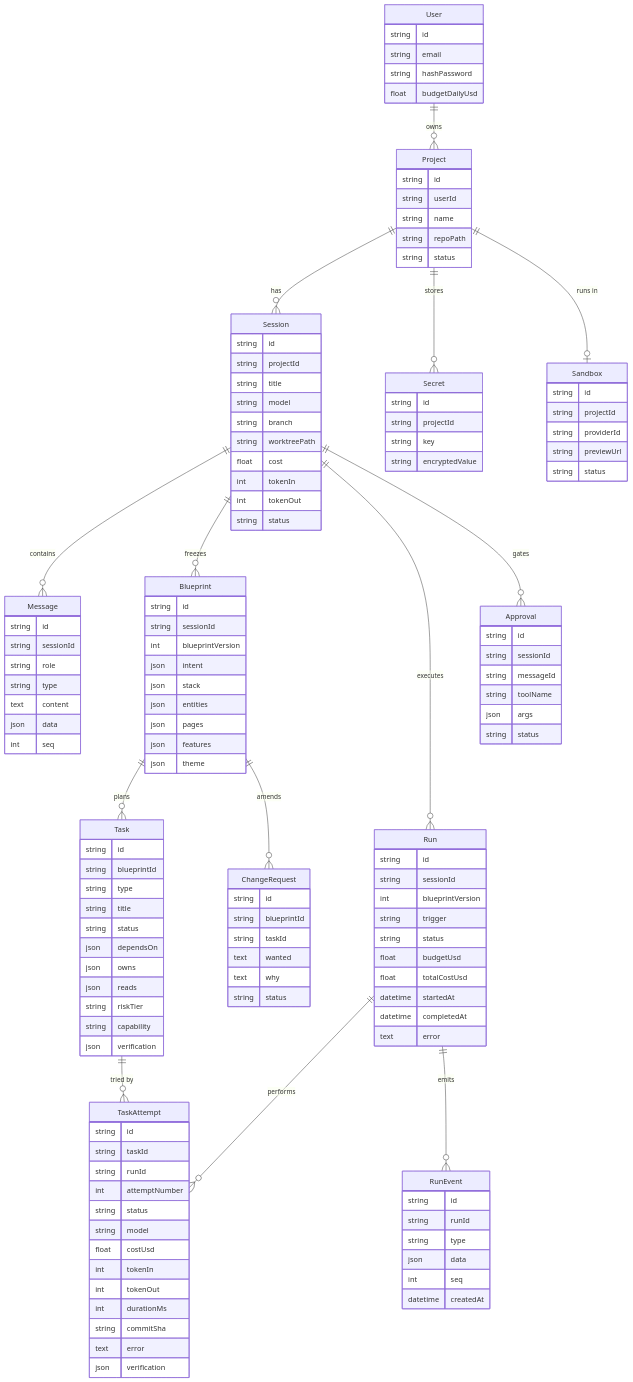
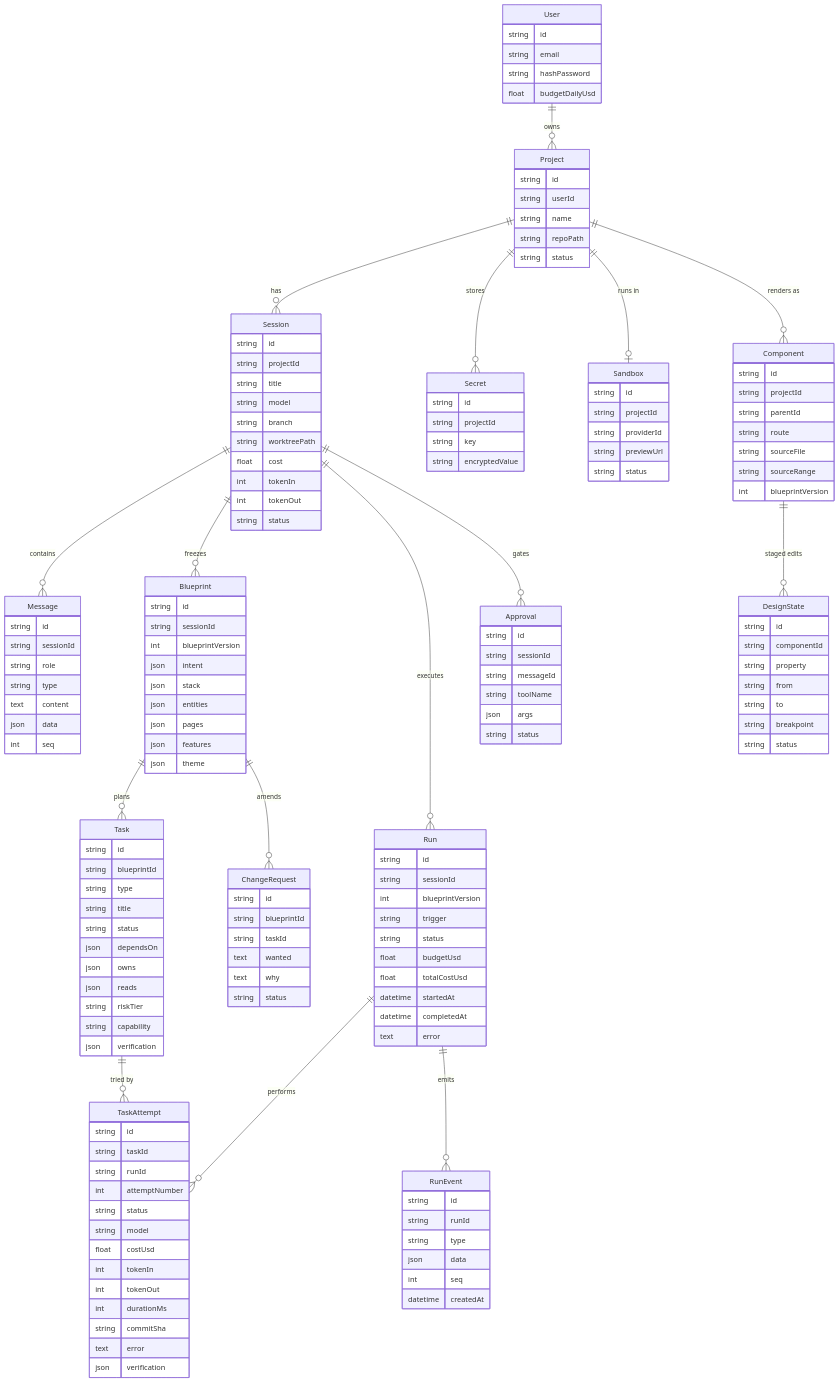
The second of 3 diagrams in docs/ARCHITECTURE.md (vibhuxyz/Appwright), drawn with Mermaid before and after one commit. The commit also changed other lines of this file and 162 other files, not shown here.

````diff
--- a/docs/ARCHITECTURE.md
+++ b/docs/ARCHITECTURE.md
@@ -1072,30 +1212,34 @@
 ```mermaid
 erDiagram
     User ||--o{ Project : owns
     Project ||--o{ Session : has
     Session ||--o{ Message : contains
     Session ||--o{ Blueprint : freezes
     Session ||--o{ Run : executes
     Blueprint ||--o{ Task : plans
     Blueprint ||--o{ ChangeRequest : amends
     Task ||--o{ TaskAttempt : "tried by"
     Run ||--o{ TaskAttempt : performs
     Run ||--o{ RunEvent : emits
     Session ||--o{ Approval : gates
     Project ||--o{ Secret : stores
     Project ||--o| Sandbox : "runs in"
+    Project ||--o{ Component : "renders as"
+    Component ||--o{ DesignState : "staged edits"
 
     User { string id string email string hashPassword float budgetDailyUsd }
     Project { string id string userId string name string repoPath string status }
     Session { string id string projectId string title string model string branch string worktreePath float cost int tokenIn int tokenOut string status }
     Message { string id string sessionId string role string type text content json data int seq }
     Blueprint { string id string sessionId int blueprintVersion json intent json stack json entities json pages json features json theme }
     Task { string id string blueprintId string type string title string status json dependsOn json owns json reads string riskTier string capability json verification }
     Run { string id string sessionId int blueprintVersion string trigger string status float budgetUsd float totalCostUsd datetime startedAt datetime completedAt text error }
     TaskAttempt { string id string taskId string runId int attemptNumber string status string model float costUsd int tokenIn int tokenOut int durationMs string commitSha text error json verification }
     RunEvent { string id string runId string type json data int seq datetime createdAt }
     ChangeRequest { string id string blueprintId string taskId text wanted text why string status }
     Approval { string id string sessionId string messageId string toolName json args string status }
     Sandbox { string id string projectId string providerId string previewUrl string status }
     Secret { string id string projectId string key string encryptedValue }
+    Component { string id string projectId string parentId string route string sourceFile string sourceRange int blueprintVersion }
+    DesignState { string id string componentId string property string from string to string breakpoint string status }
 ```
````
